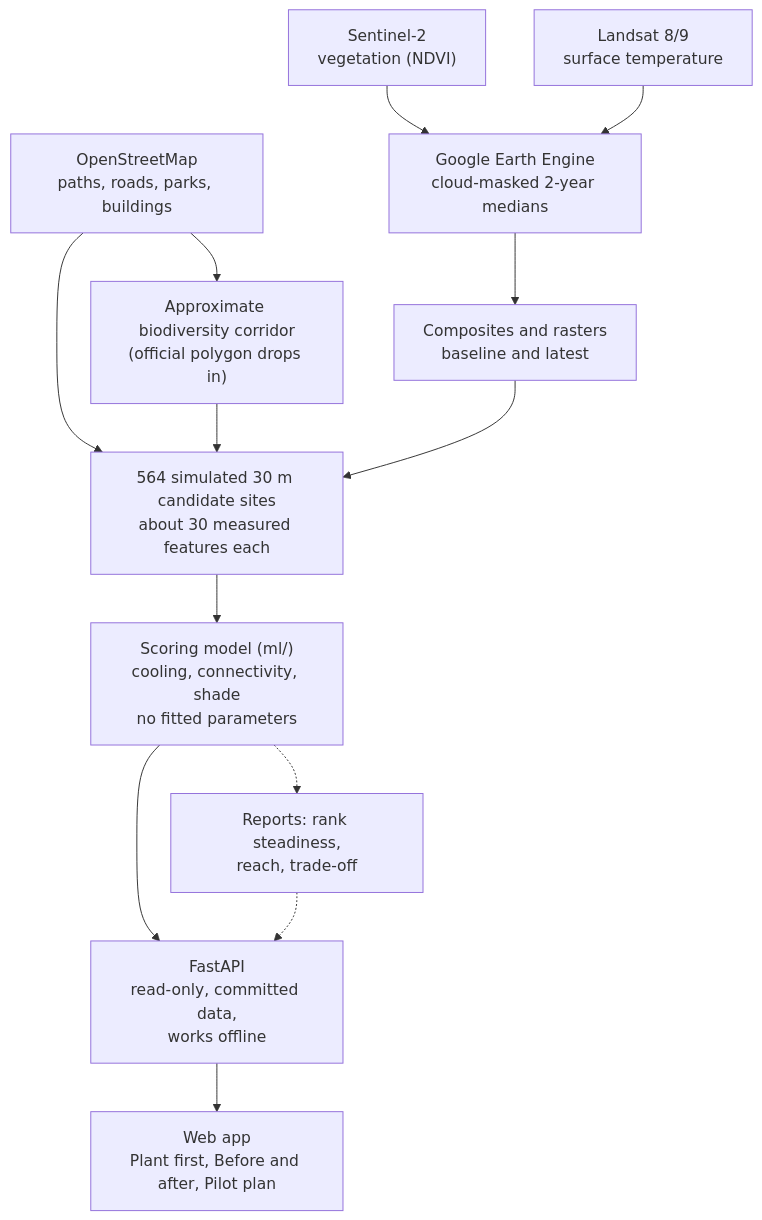
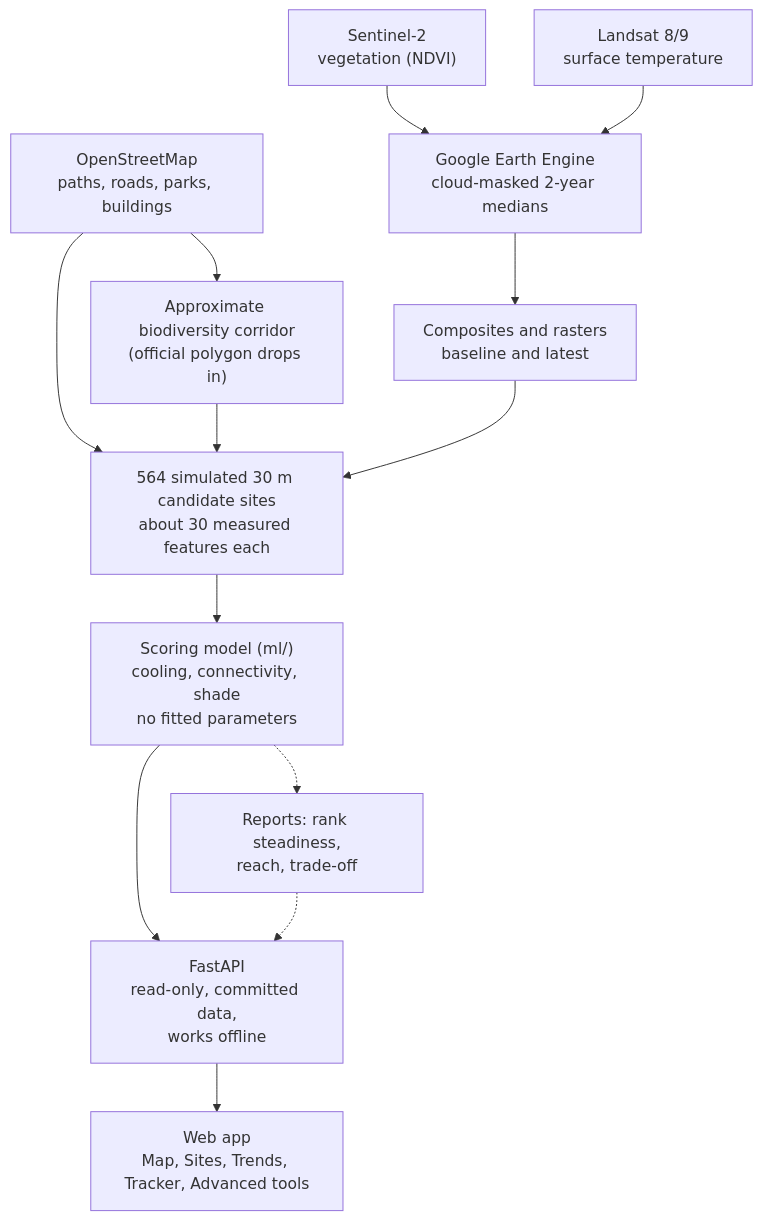
Before and after one commit to mpip0505/simedarbyhackathon: the third of 3 diagrams in README.md, drawn with Mermaid. The commit also changed other lines of this file and 3 other files, not shown here.

````diff
--- a/README.md
+++ b/README.md
@@ -91,15 +91,15 @@
 ```mermaid
 flowchart TB
   S2["Sentinel-2<br/>vegetation (NDVI)"] --> GEE["Google Earth Engine<br/>cloud-masked 2-year medians"]
   L8["Landsat 8/9<br/>surface temperature"] --> GEE
   OSM["OpenStreetMap<br/>paths, roads, parks, buildings"] --> CORR["Approximate biodiversity corridor<br/>(official polygon drops in)"]
   GEE --> RAS["Composites and rasters<br/>baseline and latest"]
   OSM --> SITES["564 simulated 30 m candidate sites<br/>about 30 measured features each"]
   CORR --> SITES
   RAS --> SITES
   SITES --> SCORE["Scoring model (ml/)<br/>cooling, connectivity, shade<br/>no fitted parameters"]
   SCORE --> API["FastAPI<br/>read-only, committed data,<br/>works offline"]
-  API --> APP["Web app<br/>Plant first, Before and after, Pilot plan"]
+  API --> APP["Web app<br/>Map, Sites, Trends, Tracker, Advanced tools"]
   SCORE -.-> REP["Reports: rank steadiness,<br/>reach, trade-off"]
   REP -.-> API
 ```
````
